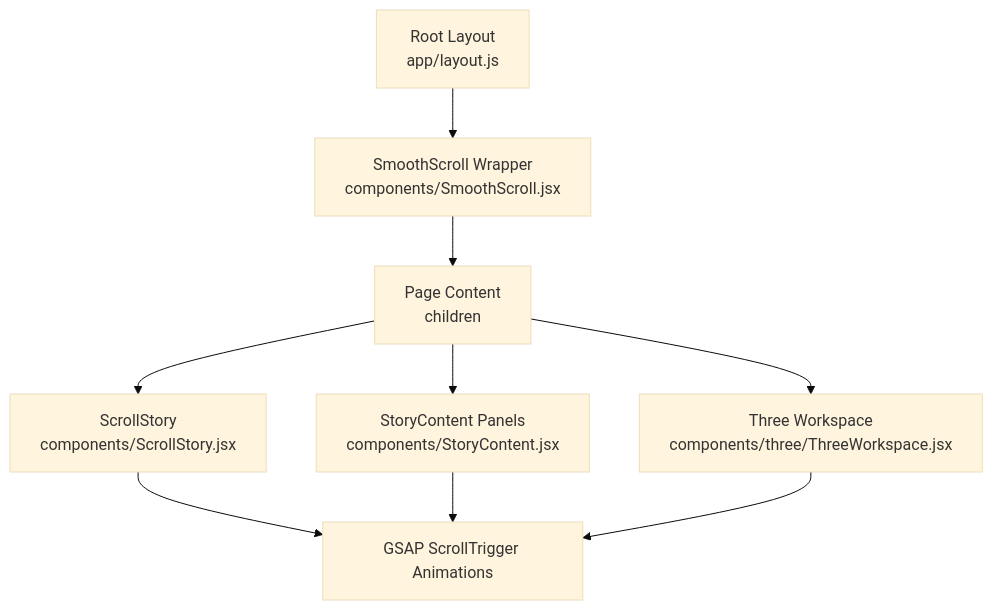
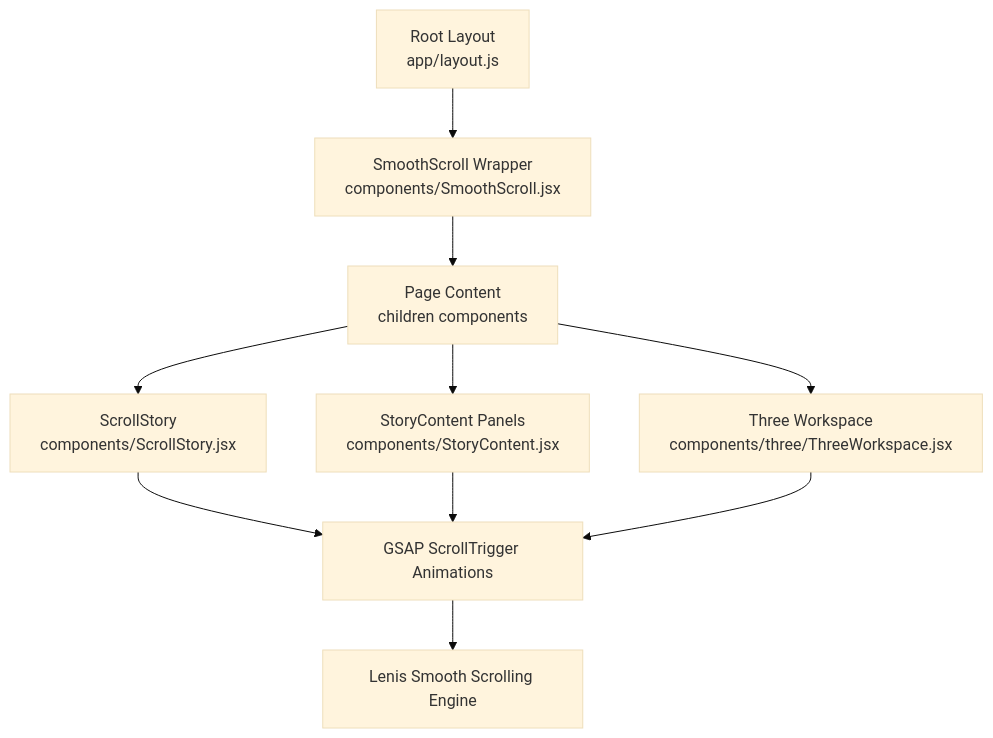
One commit to emaanfatima312005-wq/emaan-portfolio changed the first of 6 diagrams in .qoder/repowiki/en/content/Core Components/SmoothScroll Implementation.md. Above: the diagram before and after it, drawn with Mermaid (base theme). The commit also changed other lines of this file and 59 other files, not shown here.

````diff
--- a/.qoder/repowiki/en/content/Core Components/SmoothScroll Implementation.md
+++ b/.qoder/repowiki/en/content/Core Components/SmoothScroll Implementation.md
@@ -31,11 +43,12 @@
 ```mermaid
 graph TB
 A["Root Layout<br/>app/layout.js"] --> B["SmoothScroll Wrapper<br/>components/SmoothScroll.jsx"]
-B --> C["Page Content<br/>children"]
+B --> C["Page Content<br/>children components"]
 C --> D["ScrollStory<br/>components/ScrollStory.jsx"]
 C --> E["StoryContent Panels<br/>components/StoryContent.jsx"]
 C --> F["Three Workspace<br/>components/three/ThreeWorkspace.jsx"]
 D --> G["GSAP ScrollTrigger Animations"]
 E --> G
 F --> G
+G --> H["Lenis Smooth Scrolling Engine"]
 ```
````
